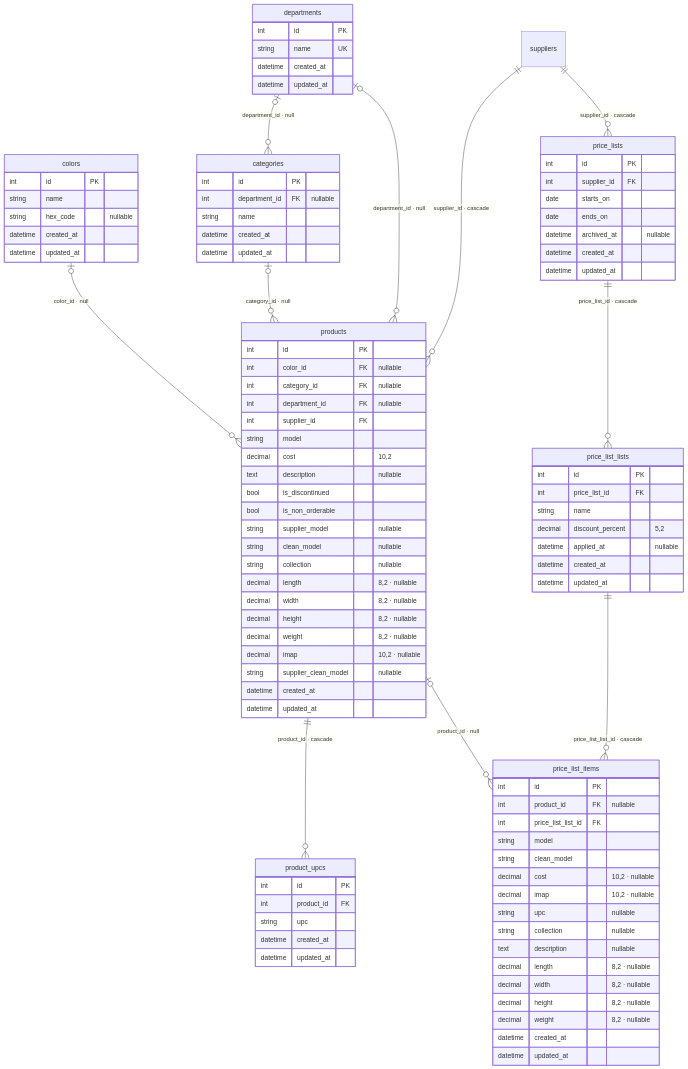
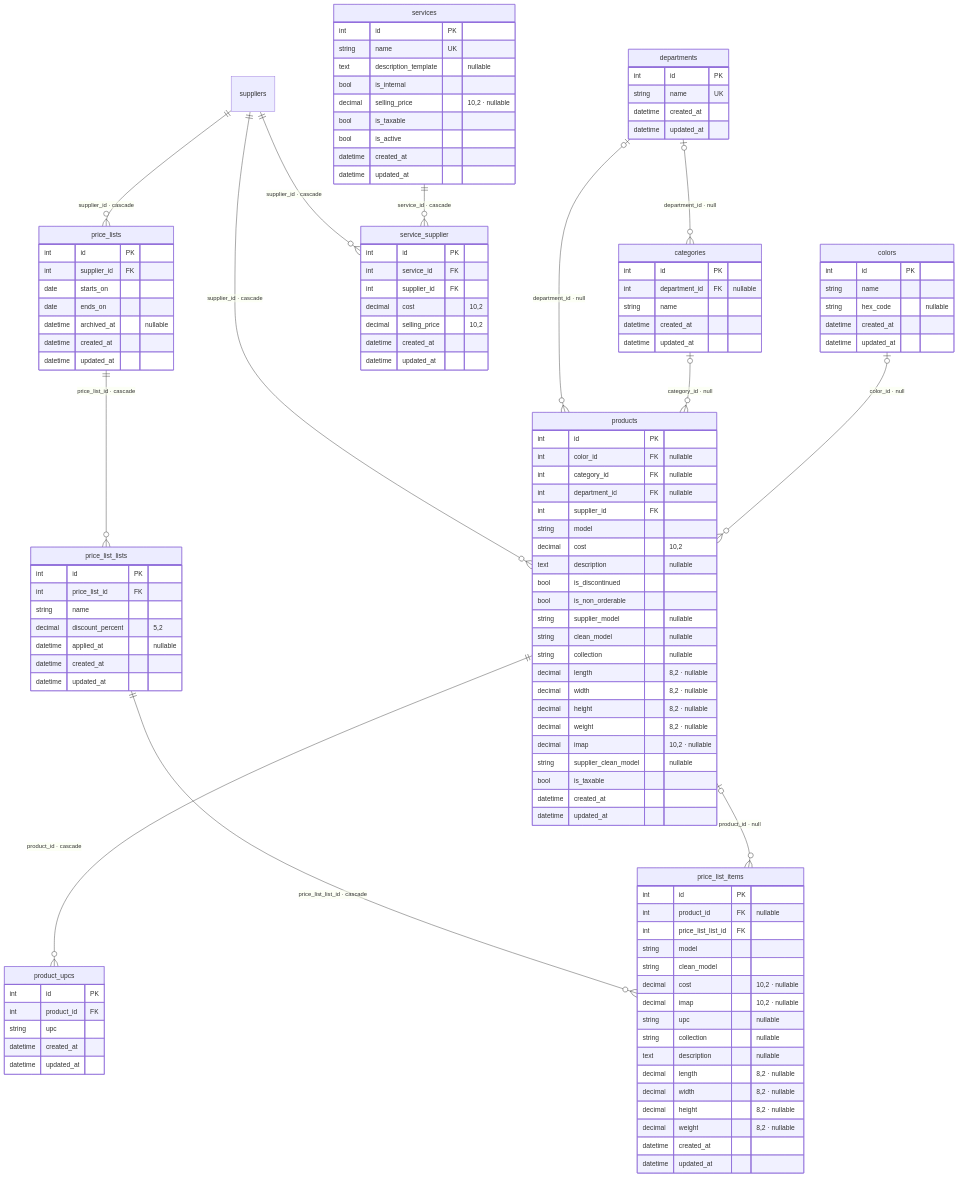
Before and after one commit to sebastienmarley/dkorpos: the fifth of 8 diagrams in dkor/docs/data-model.md, drawn with Mermaid. The commit also changed other lines of this file and 25 other files, not shown here.

```diff
--- a/dkor/docs/data-model.md
+++ b/dkor/docs/data-model.md
@@ -474,6 +509,8 @@
     categories |o--o{ products : "category_id · null"
     departments |o--o{ products : "department_id · null"
     suppliers ||--o{ products : "supplier_id · cascade"
+    services ||--o{ service_supplier : "service_id · cascade"
+    suppliers ||--o{ service_supplier : "supplier_id · cascade"
     products ||--o{ product_upcs : "product_id · cascade"
     departments |o--o{ categories : "department_id · null"
     suppliers ||--o{ price_lists : "supplier_id · cascade"
@@ -500,6 +537,27 @@
         decimal weight "8,2 · nullable"
         decimal imap "10,2 · nullable"
         string supplier_clean_model "nullable"
+        bool is_taxable
+        datetime created_at
+        datetime updated_at
+    }
+    services {
+        int id PK
+        string name UK
+        text description_template "nullable"
+        bool is_internal
+        decimal selling_price "10,2 · nullable"
+        bool is_taxable
+        bool is_active
+        datetime created_at
+        datetime updated_at
+    }
+    service_supplier {
+        int id PK
+        int service_id FK
+        int supplier_id FK
+        decimal cost "10,2"
+        decimal selling_price "10,2"
         datetime created_at
         datetime updated_at
     }
```
